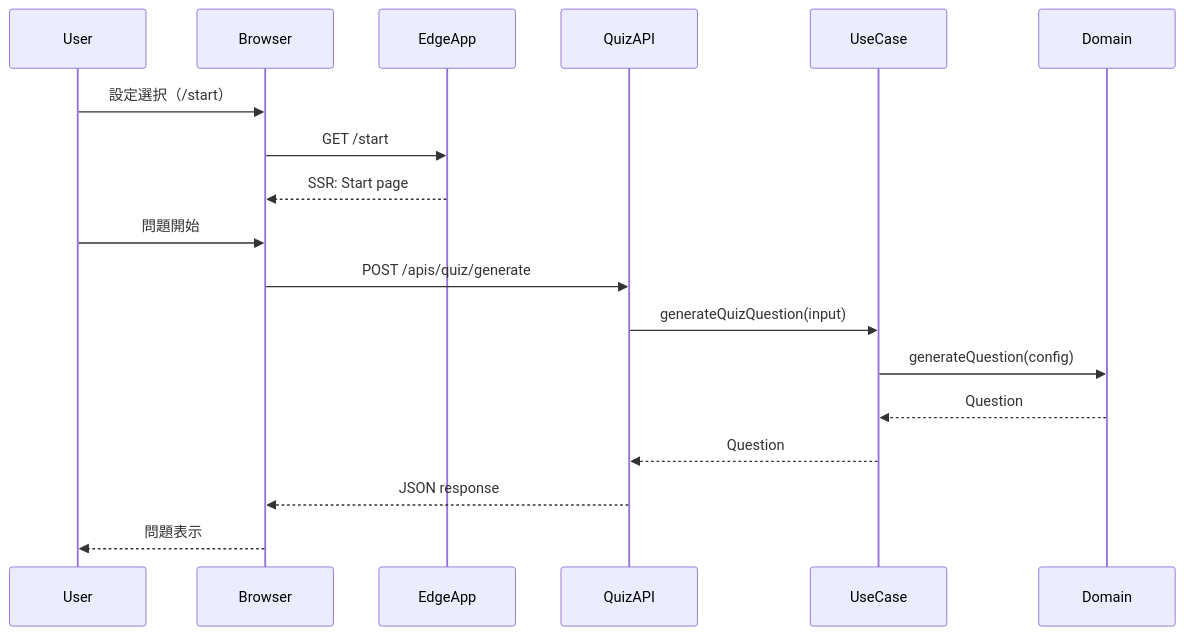
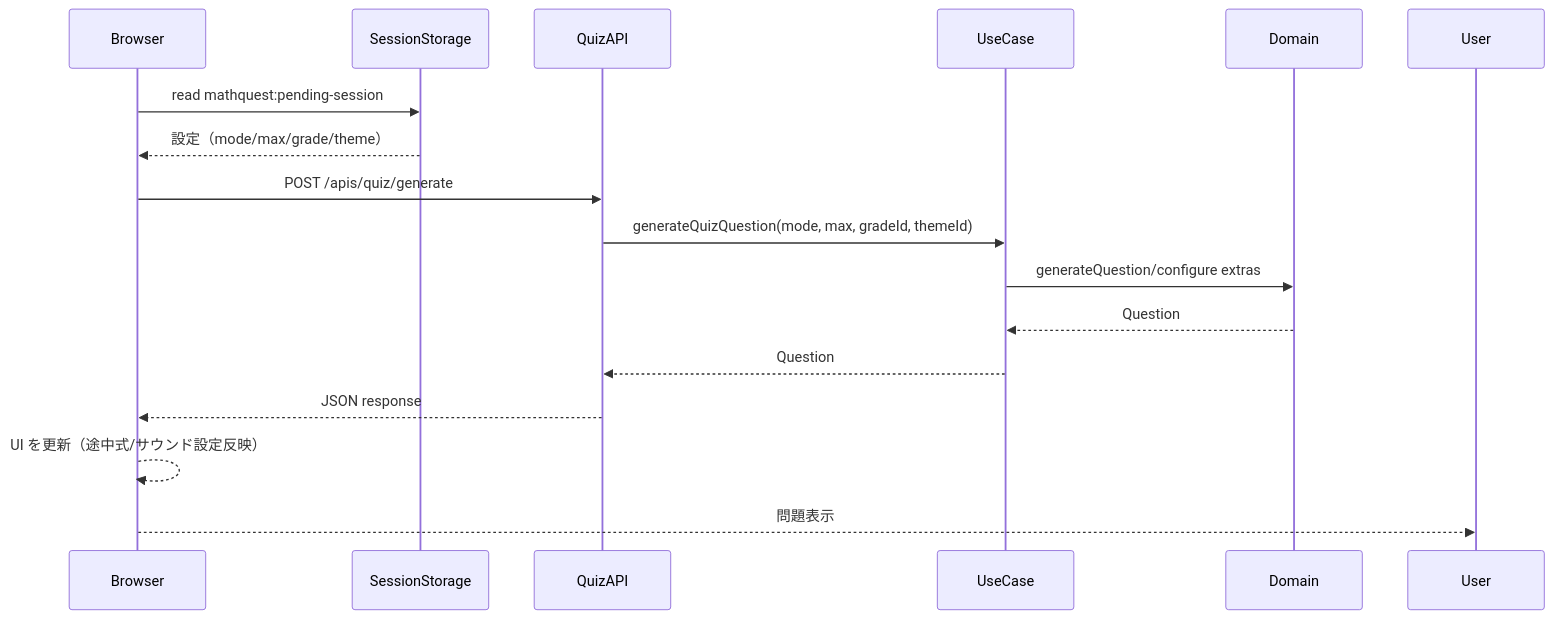
Before and after one commit to tqer39/mathquest: the fourth of 5 diagrams in AGENTS.md, drawn with Mermaid. The commit also changed other lines of this file and 2 other files, not shown here.

````diff
--- a/AGENTS.md
+++ b/AGENTS.md
@@ -357,21 +395,19 @@
 ```mermaid
 sequenceDiagram
-    participant User
     participant Browser
-    participant EdgeApp
+    participant SessionStorage
     participant QuizAPI
     participant UseCase
     participant Domain
 
-    User->>Browser: 設定選択（/start）
-    Browser->>EdgeApp: GET /start
-    EdgeApp-->>Browser: SSR: Start page
-    User->>Browser: 問題開始
+    Browser->>SessionStorage: read mathquest:pending-session
+    SessionStorage-->>Browser: 設定（mode/max/grade/theme）
     Browser->>QuizAPI: POST /apis/quiz/generate
-    QuizAPI->>UseCase: generateQuizQuestion(input)
-    UseCase->>Domain: generateQuestion(config)
+    QuizAPI->>UseCase: generateQuizQuestion(mode, max, gradeId, themeId)
+    UseCase->>Domain: generateQuestion/configure extras
     Domain-->>UseCase: Question
     UseCase-->>QuizAPI: Question
     QuizAPI-->>Browser: JSON response
+    Browser-->>Browser: UI を更新（途中式/サウンド設定反映）
     Browser-->>User: 問題表示
 ```
````
